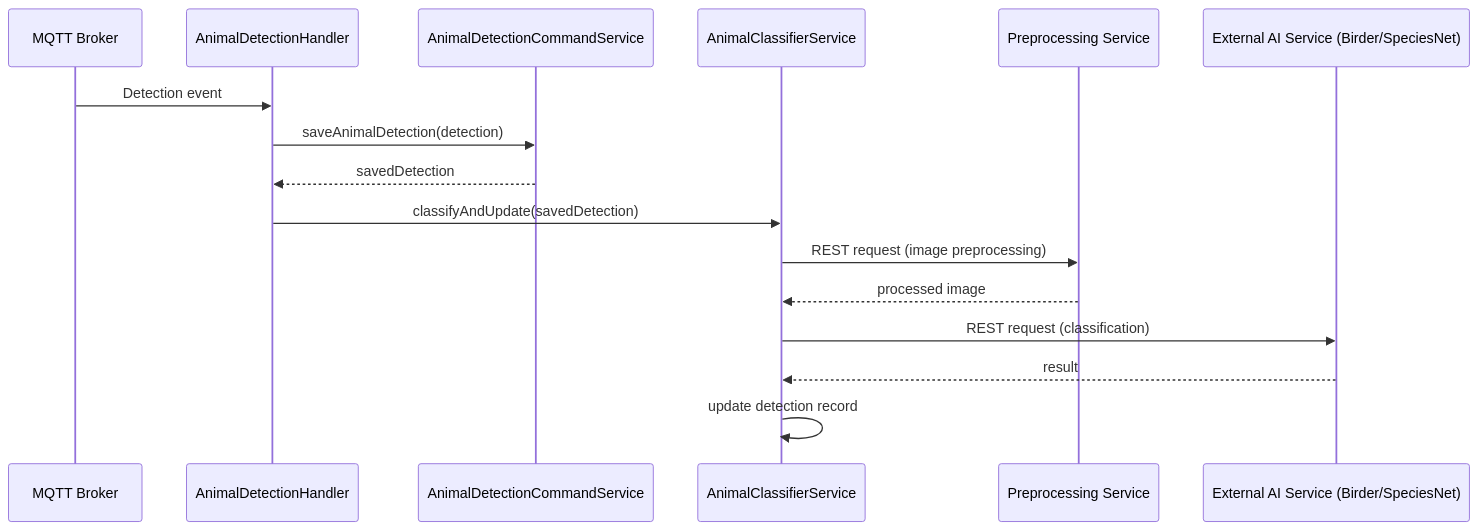
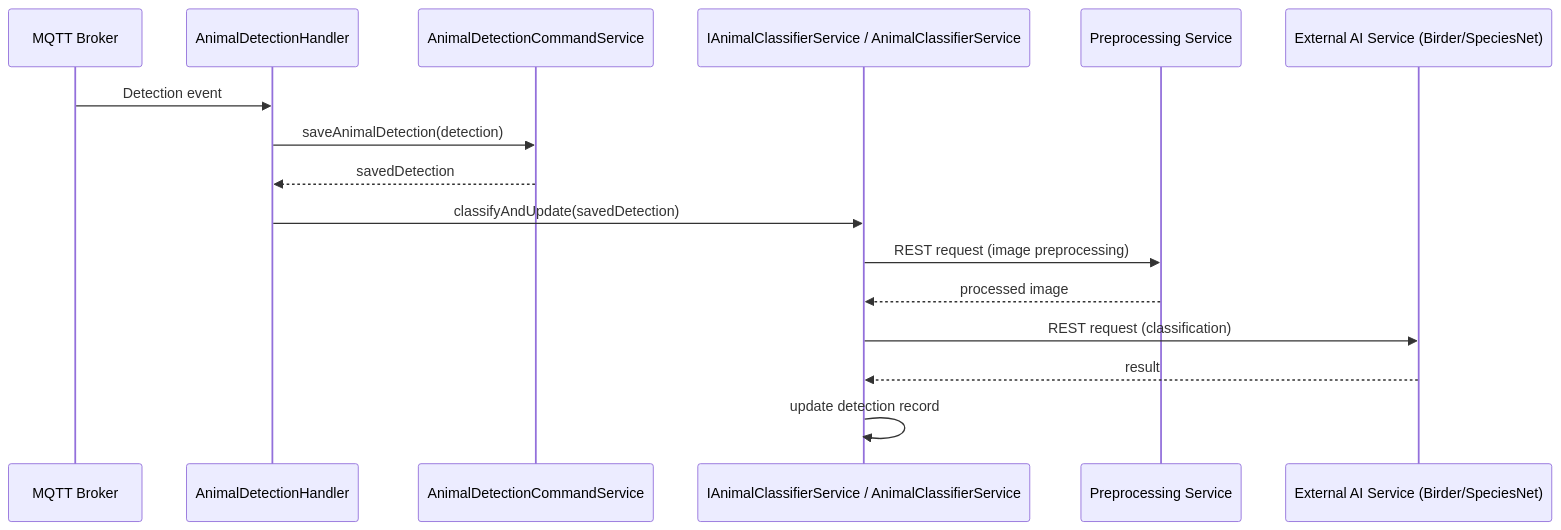
The third of 4 diagrams in docs/component_communication.md (lucawalz/sentio-systems), drawn with Mermaid before and after one commit. The commit also changed other lines of this file, not shown here.

````diff
--- a/docs/component_communication.md
+++ b/docs/component_communication.md
@@ -168,19 +225,19 @@
 ```mermaid
 sequenceDiagram
     participant MQTT as MQTT Broker
     participant Handler as AnimalDetectionHandler
     participant CmdSvc as AnimalDetectionCommandService
-    participant ClsSvc as AnimalClassifierService
+    participant ClsSvc as IAnimalClassifierService / AnimalClassifierService
     participant PreProc as Preprocessing Service
     participant AI as External AI Service (Birder/SpeciesNet)
 
     MQTT->>Handler: Detection event
     Handler->>CmdSvc: saveAnimalDetection(detection)
     CmdSvc-->>Handler: savedDetection
     Handler->>ClsSvc: classifyAndUpdate(savedDetection)
     ClsSvc->>PreProc: REST request (image preprocessing)
     PreProc-->>ClsSvc: processed image
     ClsSvc->>AI: REST request (classification)
     AI-->>ClsSvc: result
     ClsSvc->>ClsSvc: update detection record
 ```
````
